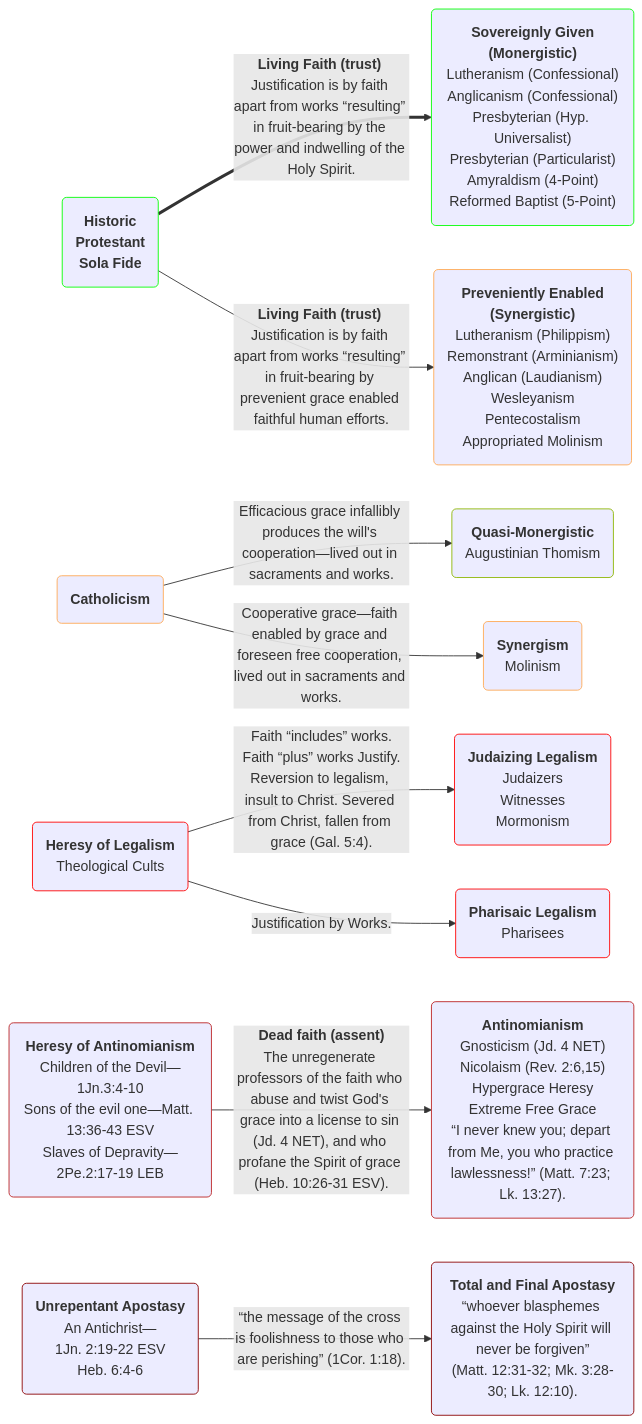
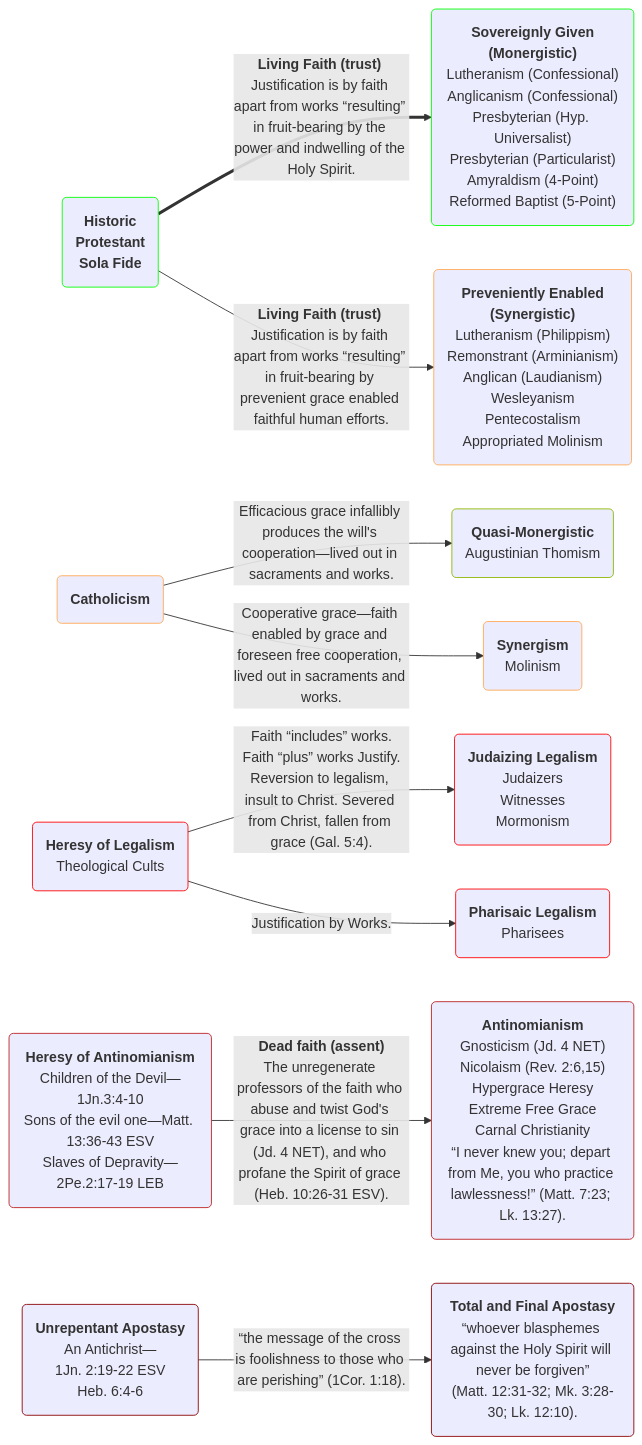
One commit to OrdoLuminis/ordoluminis.github.io changed the first of 3 diagrams in _posts/2025-08-03-historic-protestant-position.markdown. Above: the diagram before and after it, drawn with Mermaid. The commit also changed other lines of this file, not shown here.

````diff
--- a/_posts/2025-08-03-historic-protestant-position.markdown
+++ b/_posts/2025-08-03-historic-protestant-position.markdown
@@ -55,23 +55,23 @@
 ```mermaid
 flowchart LR
     A(<strong>Historic<br>Protestant<br>Sola Fide</strong>):::green
     B(<strong>Catholicism</strong>):::orange
     C(<strong>Heresy of Legalism</strong><br>Theological Cults):::red
     D(<strong>Heresy of Antinomianism</strong><br>Children of the Devil&mdash;1Jn.3:4-10<br>Sons of the evil one&mdash;Matt. 13:36-43 ESV<br>Slaves of Depravity&mdash;2Pe.2:17-19 LEB):::firebrick
     F(<strong>Unrepentant Apostasy</strong><br>An Antichrist&mdash;<br>1Jn. 2:19-22 ESV<br>Heb. 6:4-6):::darkred
     A ==>|<strong>Living Faith &lpar;trust&rpar;</strong> Justification is by faith apart from works &ldquo;resulting&rdquo; in fruit-bearing by the power and indwelling of the Holy Spirit.| G(<strong>Sovereignly Given<br>&lpar;Monergistic&rpar;</strong><br>Lutheranism &lpar;Confessional&rpar;<br>Anglicanism &lpar;Confessional&rpar;<br>Presbyterian &lpar;Hyp. Universalist&rpar;<br>Presbyterian &lpar;Particularist&rpar;<br>Amyraldism &lpar;4-Point&rpar;<br>Reformed Baptist &lpar;5-Point&rpar;):::green
     A -->|<strong>Living Faith &lpar;trust&rpar;</strong> Justification is by faith apart from works &ldquo;resulting&rdquo; in fruit-bearing by prevenient grace enabled faithful human efforts.| H(<strong>Preveniently Enabled<br>&lpar;Synergistic&rpar;</strong><br>Lutheranism &lpar;Philippism&rpar;<br>Remonstrant &lpar;Arminianism&rpar;<br>Anglican &lpar;Laudianism&rpar;<br>Wesleyanism<br>Pentecostalism<br>Appropriated Molinism):::orange
     B -->|Efficacious grace infallibly produces the will's cooperation&mdash;lived out in sacraments and works.| I(<strong>Quasi-Monergistic</strong><br>Augustinian Thomism):::yellowgreen
     B -->|Cooperative grace&mdash;faith enabled by grace and foreseen free cooperation, lived out in sacraments and works.| J(<strong>Synergism</strong><br>Molinism):::orange
     C -->|Faith &ldquo;includes&rdquo; works.<br>Faith &ldquo;plus&rdquo; works Justify.<br>Reversion to legalism, insult to Christ. Severed from Christ, fallen from grace &lpar;Gal. 5:4&rpar;.| K(<strong>Judaizing Legalism</strong><br>Judaizers<br>Witnesses<br>Mormonism):::red
     C -->|Justification by Works.| L(<strong>Pharisaic Legalism</strong><br>Pharisees<br>):::red
-    D -->|<strong>Dead faith &lpar;assent&rpar;</strong><br>The unregenerate professors of the faith who abuse and twist God's grace into a license to sin &lpar;Jd. 4 NET&rpar;, and who profane the Spirit of grace &lpar;Heb. 10:26-31 ESV&rpar;.| M(<strong>Antinomianism</strong><br>Gnosticism &lpar;Jd. 4 NET&rpar;<br>Nicolaism &lpar;Rev. 2:6,15&rpar;<br>Hypergrace Heresy<br>Extreme Free Grace<br>&ldquo;I never knew you; depart from Me, you who practice lawlessness!&rdquo; &lpar;Matt. 7:23; Lk. 13:27&rpar;.):::firebrick
+    D -->|<strong>Dead faith &lpar;assent&rpar;</strong><br>The unregenerate professors of the faith who abuse and twist God's grace into a license to sin &lpar;Jd. 4 NET&rpar;, and who profane the Spirit of grace &lpar;Heb. 10:26-31 ESV&rpar;.| M(<strong>Antinomianism</strong><br>Gnosticism &lpar;Jd. 4 NET&rpar;<br>Nicolaism &lpar;Rev. 2:6,15&rpar;<br>Hypergrace Heresy<br>Extreme Free Grace<br>Carnal Christianity<br>&ldquo;I never knew you; depart from Me, you who practice lawlessness!&rdquo; &lpar;Matt. 7:23; Lk. 13:27&rpar;.):::firebrick
     F -->|&ldquo;the message of the cross is foolishness to those who are perishing&rdquo; &lpar;1Cor. 1:18&rpar;.| N(<strong>Total and Final Apostasy</strong><br>&ldquo;whoever blasphemes against the Holy Spirit will never be forgiven&rdquo;<br>&lpar;Matt. 12:31-32; Mk. 3:28-30; Lk. 12:10&rpar;.):::darkred
     classDef red stroke:#f00
     classDef green stroke:#0f0
     classDef yellowgreen stroke:#8db600
     classDef orange stroke:#fa5
     classDef firebrick stroke:#b22
     classDef darkred stroke:#8B0000
     classDef darkerred stroke:#701705
 ```
````
